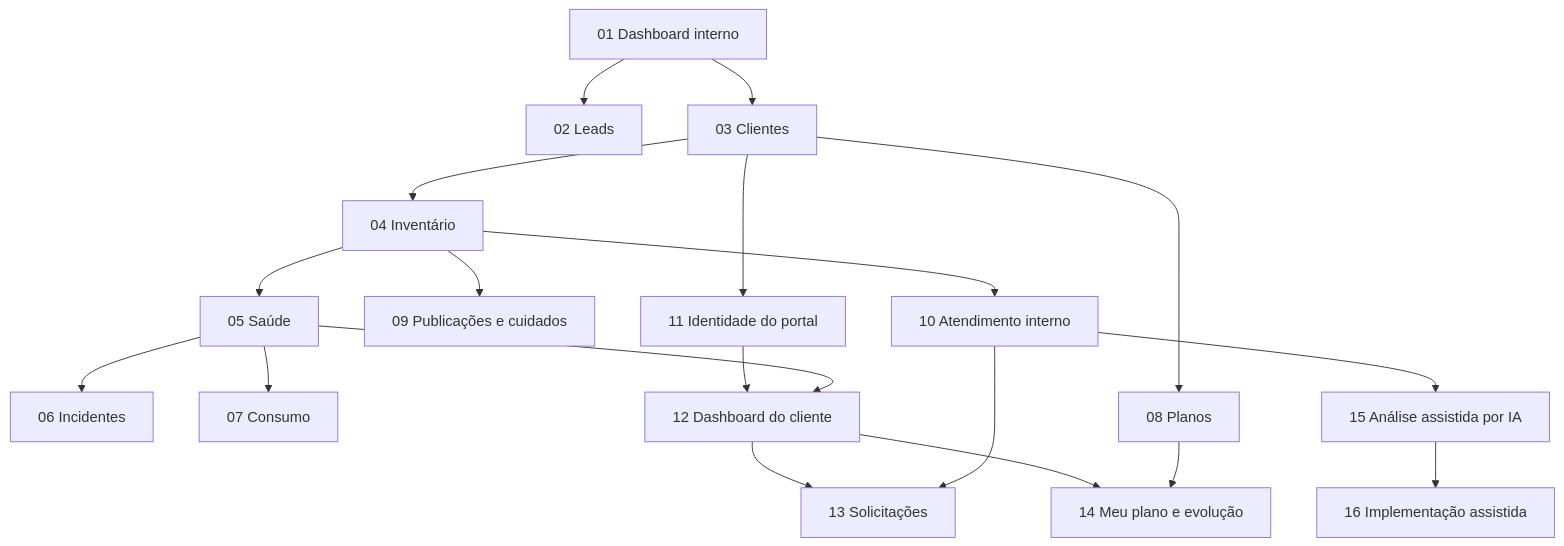
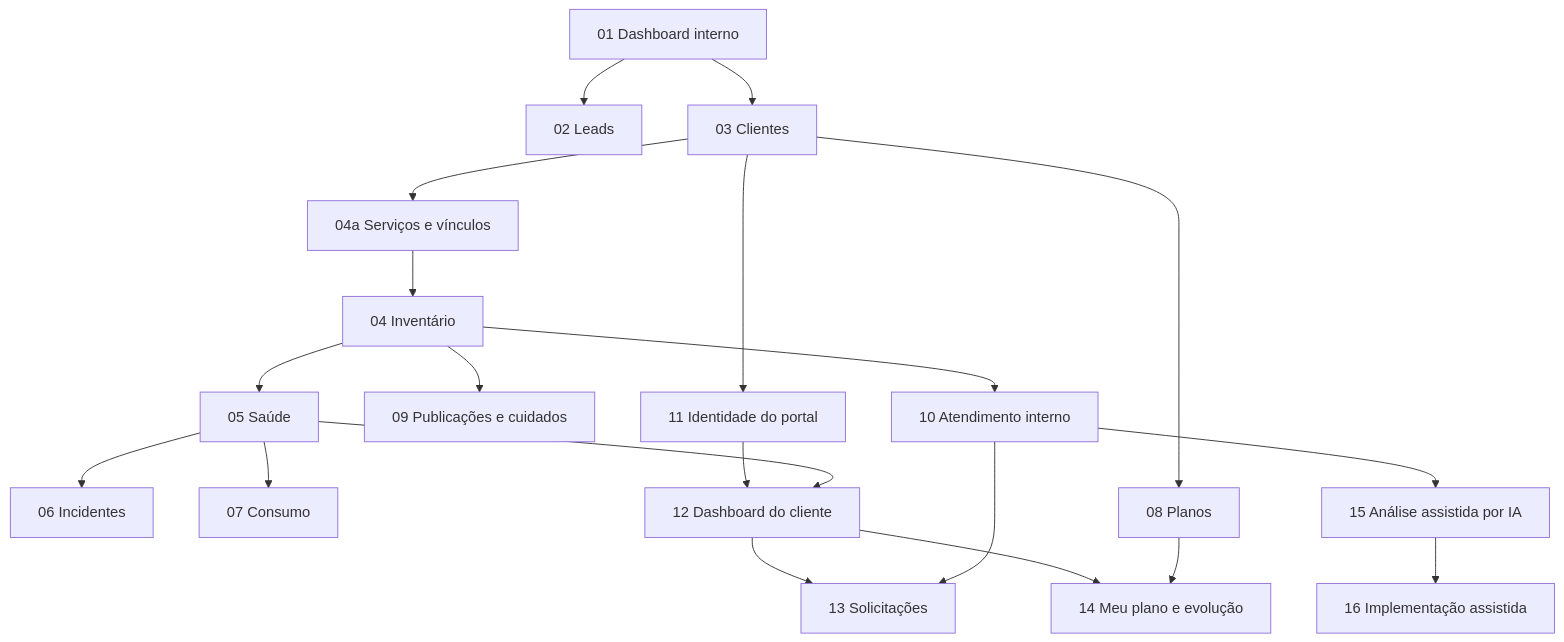
Before and after one commit to diegorafop/olivaw-hub: the diagram in docs/features/painel-administrativo-e-portal-do-cliente.md, drawn with Mermaid. The commit also changed other lines of this file and 68 other files, not shown here.

````diff
--- a/docs/features/painel-administrativo-e-portal-do-cliente.md
+++ b/docs/features/painel-administrativo-e-portal-do-cliente.md
@@ -64,21 +74,22 @@
 ```mermaid
 flowchart TD
     A[01 Dashboard interno] --> B[02 Leads]
     A --> C[03 Clientes]
-    C --> D[04 Inventário]
+    C --> S[04a Serviços e vínculos]
+    S --> D[04 Inventário]
     D --> E[05 Saúde]
     E --> F[06 Incidentes]
     E --> G[07 Consumo]
     C --> H[08 Planos]
     D --> I[09 Publicações e cuidados]
     D --> J[10 Atendimento interno]
     C --> K[11 Identidade do portal]
     K --> L[12 Dashboard do cliente]
     E --> L
     L --> M[13 Solicitações]
     J --> M
     L --> N[14 Meu plano e evolução]
     H --> N
     J --> O[15 Análise assistida por IA]
     O --> P[16 Implementação assistida]
 ```
````
